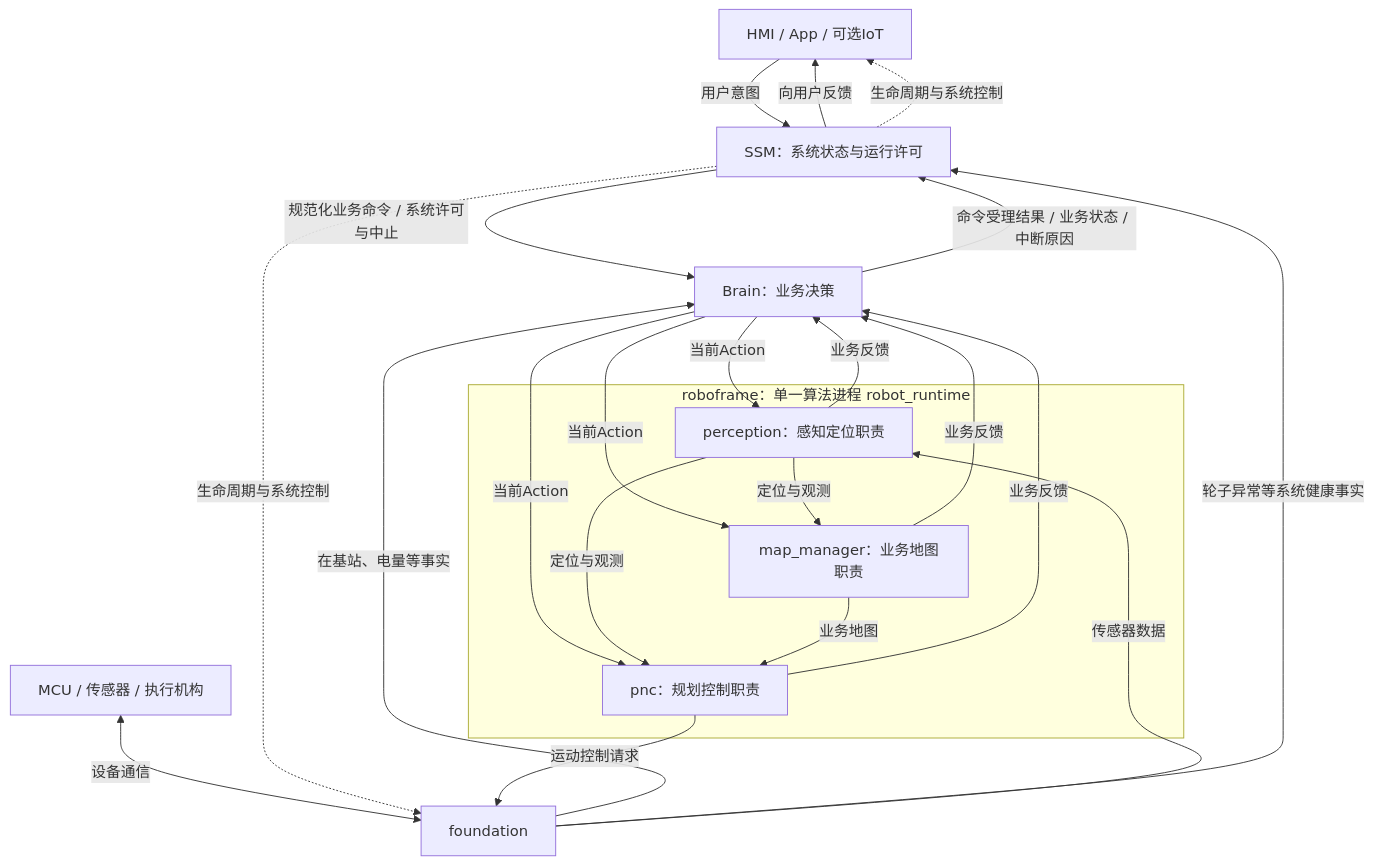
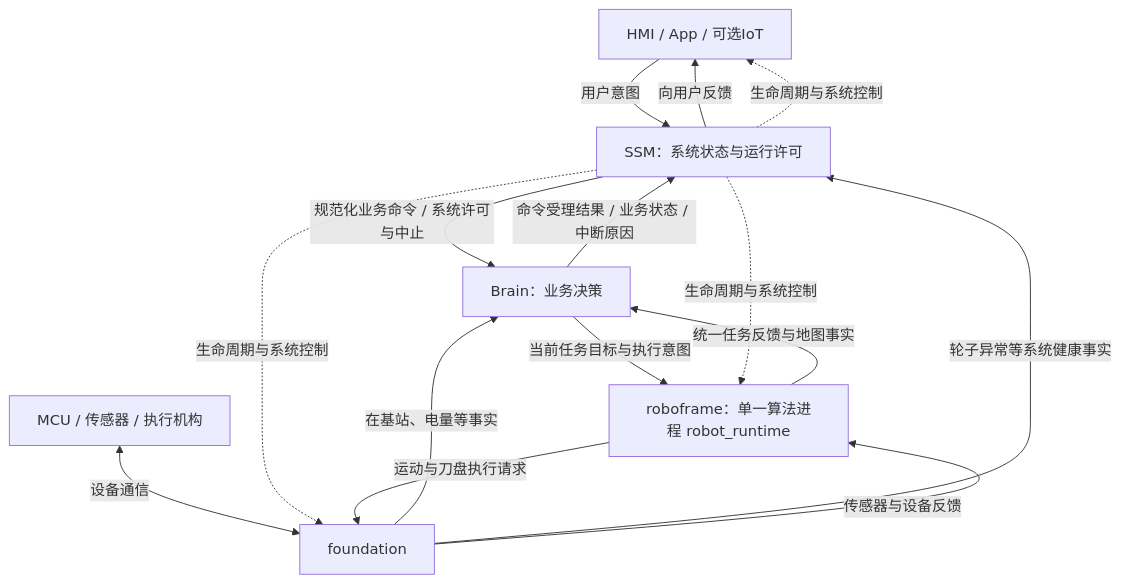
One commit to PU-UP/robotic-mower changed the diagram in SYSTEM_DESIGN.md. Above: the diagram before and after it, drawn with Mermaid. The commit also changed other lines of this file and 38 other files, not shown here.

````diff
--- a/SYSTEM_DESIGN.md
+++ b/SYSTEM_DESIGN.md
@@ -23,28 +23,18 @@
 ```mermaid
 flowchart TB
     U[HMI / App / 可选IoT] -->|用户意图| S[SSM：系统状态与运行许可]
     S -->|规范化业务命令 / 系统许可与中止| B[Brain：业务决策]
     B -->|命令受理结果 / 业务状态 / 中断原因| S
     S -->|向用户反馈| U
     MCU[MCU / 传感器 / 执行机构] <-->|设备通信| F[foundation]
     F -->|在基站、电量等事实| B
     F -->|轮子异常等系统健康事实| S
     S -.生命周期与系统控制.-> F
     S -.生命周期与系统控制.-> U
-    subgraph R[roboframe：单一算法进程 robot_runtime]
-        P[perception：感知定位职责]
-        M[map_manager：业务地图职责]
-        N[pnc：规划控制职责]
-    end
-    B -->|当前Action| P
-    B -->|当前Action| M
-    B -->|当前Action| N
-    P -->|业务反馈| B
-    M -->|业务反馈| B
-    N -->|业务反馈| B
-    F -->|传感器数据| P
-    P -->|定位与观测| M
-    P -->|定位与观测| N
-    M -->|业务地图| N
-    N -->|运动控制请求| F
+    R[roboframe：单一算法进程 robot_runtime]
+    B -->|当前任务目标与执行意图| R
+    R -->|统一任务反馈与地图事实| B
+    F -->|传感器与设备反馈| R
+    R -->|运动与刀盘执行请求| F
+    S -.生命周期与系统控制.-> R
 ```
````
